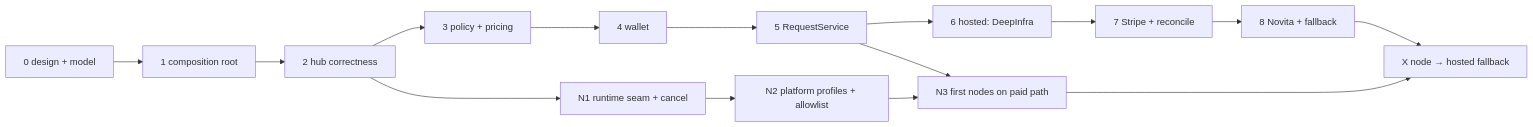
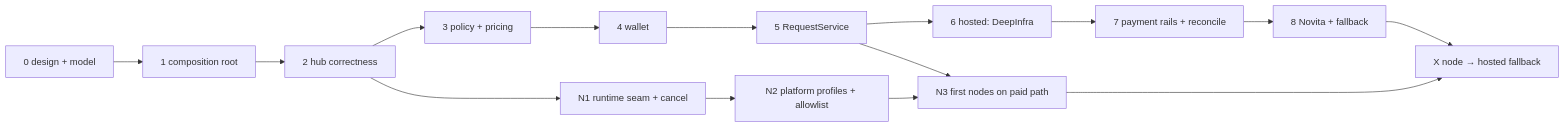
The seventh of 7 diagrams in docs/design/paid-path-architecture.md (qzyu999/inference-exchange), drawn with Mermaid before and after one commit. The commit also changed other lines of this file, not shown here.

Commit message:
docs: make paid-path payment rails agnostic (#305)

````diff
--- a/docs/design/paid-path-architecture.md
+++ b/docs/design/paid-path-architecture.md
@@ -782,11 +853,11 @@
 ```mermaid
 flowchart LR
     S0["0 design + model"] --> S1["1 composition root"] --> S2["2 hub correctness"] --> S3["3 policy + pricing"] --> S4["4 wallet"] --> S5["5 RequestService"]
-    S5 --> H6["6 hosted: DeepInfra"] --> H7["7 Stripe + reconcile"] --> H8["8 Novita + fallback"]
+    S5 --> H6["6 hosted: DeepInfra"] --> H7["7 payment rails + reconcile"] --> H8["8 Novita + fallback"]
     S2 --> N1["N1 runtime seam + cancel"]
     N1 --> N2["N2 platform profiles + allowlist"]
     S5 --> N3["N3 first nodes on paid path"]
     N2 --> N3
     N3 --> X["X node → hosted fallback"]
     H8 --> X
 ```
````
